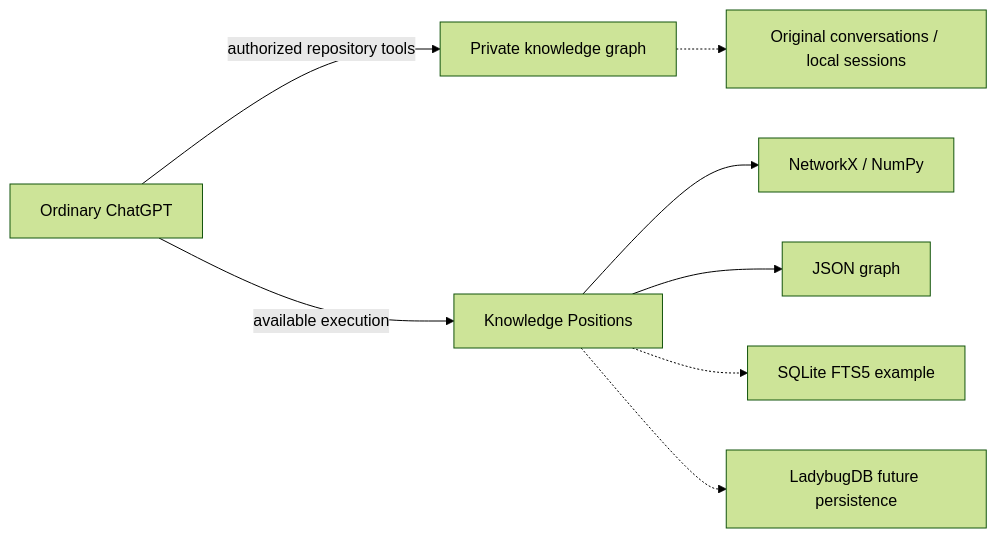
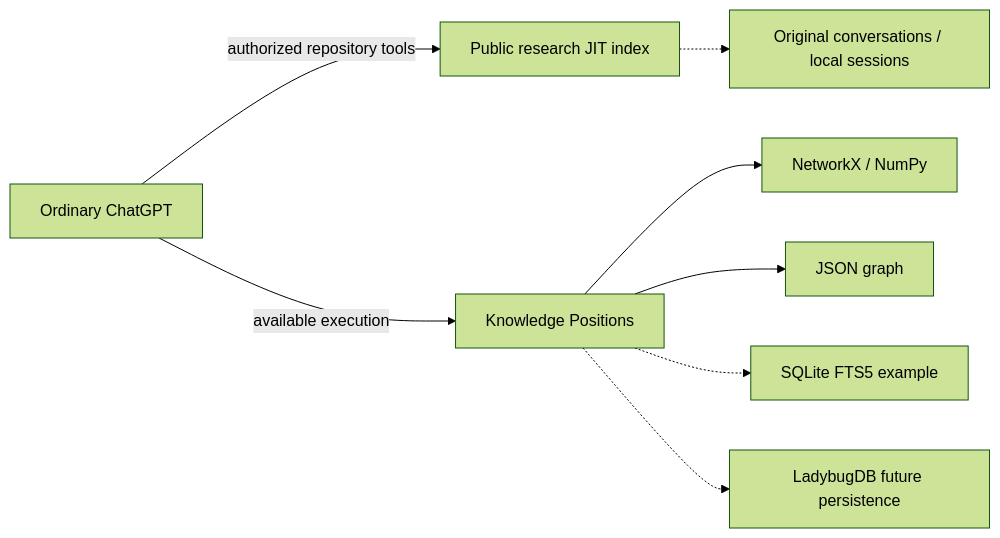
The third of 3 diagrams in knowledge-positions/research/ARCHITECTURE_VIEWS.md (l00p3rl00p/barely-passable-ai-stuff), drawn with Mermaid (forest theme) before and after one commit. The commit also changed other lines of this file, not shown here.

Commit message:
Align architecture view with public JIT boundary

````diff
--- a/knowledge-positions/research/ARCHITECTURE_VIEWS.md
+++ b/knowledge-positions/research/ARCHITECTURE_VIEWS.md
@@ -53,10 +53,10 @@
 ```mermaid
 flowchart LR
-  W[Ordinary ChatGPT] -->|authorized repository tools| S[Private knowledge graph]
+  W[Ordinary ChatGPT] -->|authorized repository tools| S[Public research JIT index]
   W -->|available execution| P[Knowledge Positions]
   P --> N[NetworkX / NumPy]
   P --> J[JSON graph]
   P -.-> F[SQLite FTS5 example]
   P -.-> L[LadybugDB future persistence]
   S -.-> O[Original conversations / local sessions]
 ```
````
